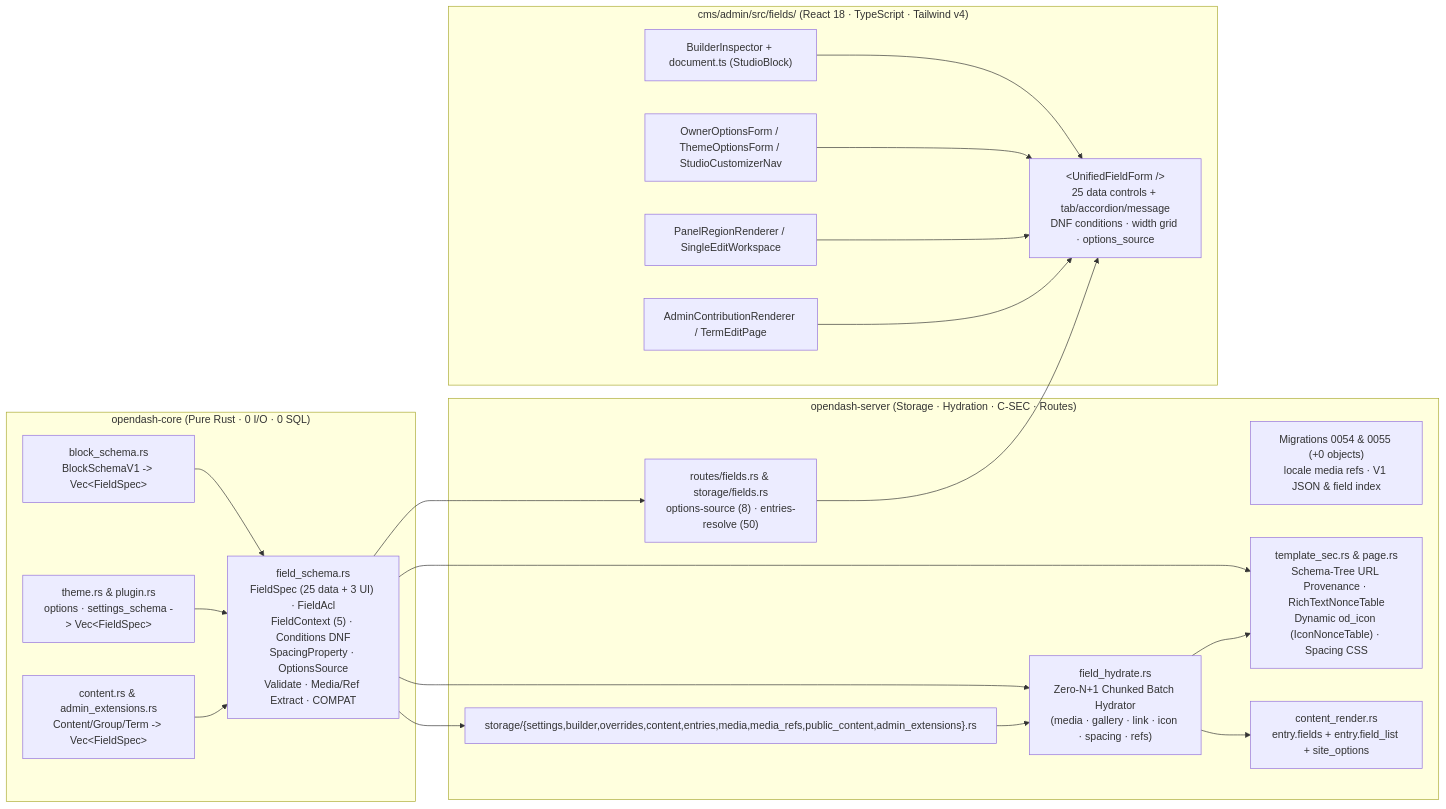
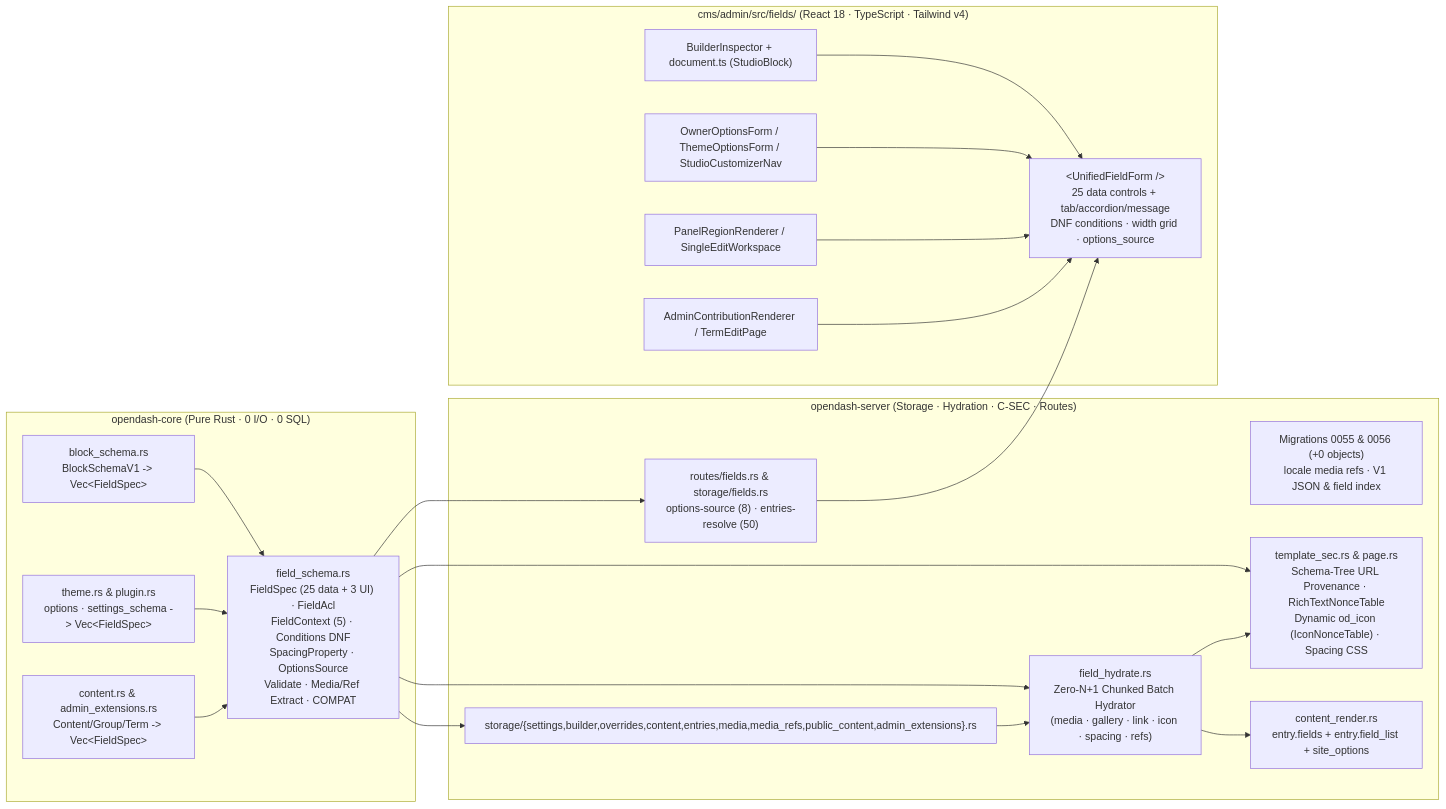
The diagram in docs/designs/unified-field-engine.md (thientran2359/opendash-cms), drawn with Mermaid before and after one commit. The commit also changed other lines of this file and 2 other files, not shown here.

First line of the commit message:
docs(egm): align V1 (1.0.0) versioning & rebase migrations 0055/0056 onto main@f47af30

````diff
--- a/docs/designs/unified-field-engine.md
+++ b/docs/designs/unified-field-engine.md
@@ -129,41 +129,41 @@
 ```mermaid
 flowchart LR
     subgraph Core["opendash-core (Pure Rust · 0 I/O · 0 SQL)"]
         FS["field_schema.rs\nFieldSpec (25 data + 3 UI) · FieldAcl\nFieldContext (5) · Conditions DNF\nSpacingProperty · OptionsSource\nValidate · Media/Ref Extract · COMPAT"]
         BS["block_schema.rs\nBlockSchemaV1 -> Vec&lt;FieldSpec&gt;"]
         TH["theme.rs &amp; plugin.rs\noptions · settings_schema -> Vec&lt;FieldSpec&gt;"]
         CT["content.rs &amp; admin_extensions.rs\nContent/Group/Term -> Vec&lt;FieldSpec&gt;"]
         BS --> FS
         TH --> FS
         CT --> FS
     end
 
     subgraph Server["opendash-server (Storage · Hydration · C-SEC · Routes)"]
-        M54["Migrations 0054 &amp; 0055 (+0 objects)\nlocale media refs · V1 JSON &amp; field index"]
+        M54["Migrations 0055 &amp; 0056 (+0 objects)\nlocale media refs · V1 JSON &amp; field index"]
         OPTAPI["routes/fields.rs &amp; storage/fields.rs\noptions-source (8) · entries-resolve (50)"]
         ST["storage/{settings,builder,overrides,content,entries,media,media_refs,public_content,admin_extensions}.rs"]
         HYD["field_hydrate.rs\nZero-N+1 Chunked Batch Hydrator\n(media · gallery · link · icon · spacing · refs)"]
         CSEC["template_sec.rs &amp; page.rs\nSchema-Tree URL Provenance · RichTextNonceTable\nDynamic od_icon (IconNonceTable) · Spacing CSS"]
         CR["content_render.rs\nentry.fields + entry.field_list + site_options"]
         FS --> ST
         FS --> OPTAPI
         FS --> HYD
         FS --> CSEC
         ST --> HYD
         HYD --> CSEC
         HYD --> CR
     end
 
     subgraph Admin["cms/admin/src/fields/ (React 18 · TypeScript · Tailwind v4)"]
         UFF["&lt;UnifiedFieldForm /&gt;\n25 data controls + tab/accordion/message\nDNF conditions · width grid · options_source"]
         S1["BuilderInspector + document.ts (StudioBlock)"]
         S2["OwnerOptionsForm / ThemeOptionsForm / StudioCustomizerNav"]
         S3["PanelRegionRenderer / SingleEditWorkspace"]
         S4["AdminContributionRenderer / TermEditPage"]
         OPTAPI --> UFF
         S1 --> UFF
         S2 --> UFF
         S3 --> UFF
         S4 --> UFF
     end
 ```
````
